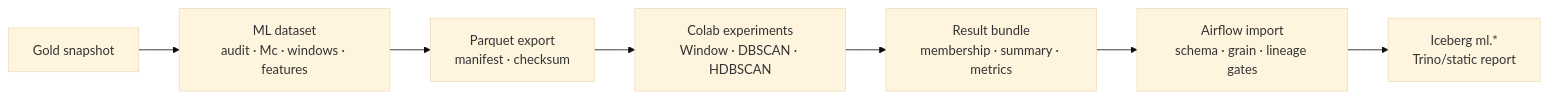
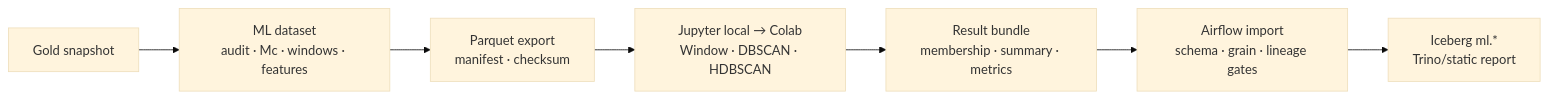
Before and after one commit to HoaiTam/japan-earthquake-etl: the first of 2 diagrams in docs/task/HDBSCAN_WORKSTREAM.md, drawn with Mermaid (base theme). The commit also changed other lines of this file and 32 other files, not shown here.

````diff
--- a/docs/task/HDBSCAN_WORKSTREAM.md
+++ b/docs/task/HDBSCAN_WORKSTREAM.md
@@ -17,9 +17,9 @@
 ```mermaid
 flowchart LR
     G["Gold snapshot"] --> D["ML dataset<br/>audit · Mc · windows · features"]
     D --> E["Parquet export<br/>manifest · checksum"]
-    E --> C["Colab experiments<br/>Window · DBSCAN · HDBSCAN"]
+    E --> C["Jupyter local → Colab<br/>Window · DBSCAN · HDBSCAN"]
     C --> R["Result bundle<br/>membership · summary · metrics"]
     R --> I["Airflow import<br/>schema · grain · lineage gates"]
     I --> M["Iceberg ml.*<br/>Trino/static report"]
 ```
````
